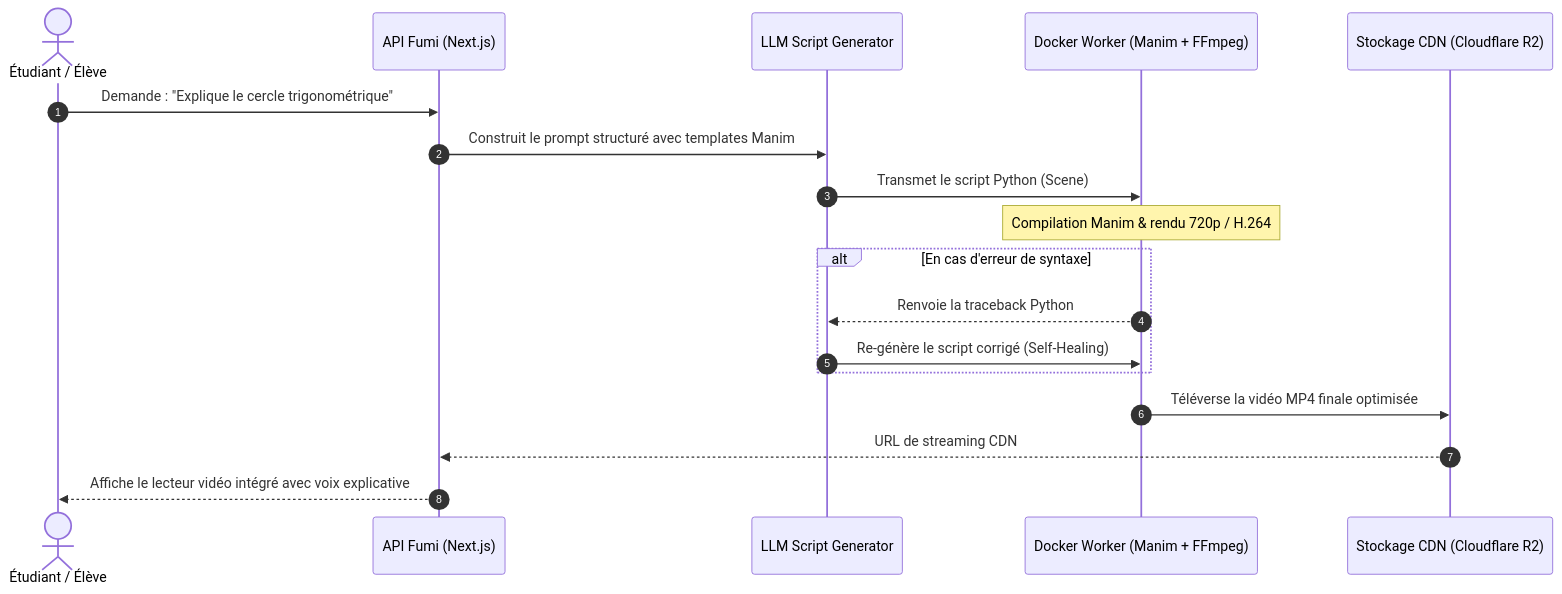
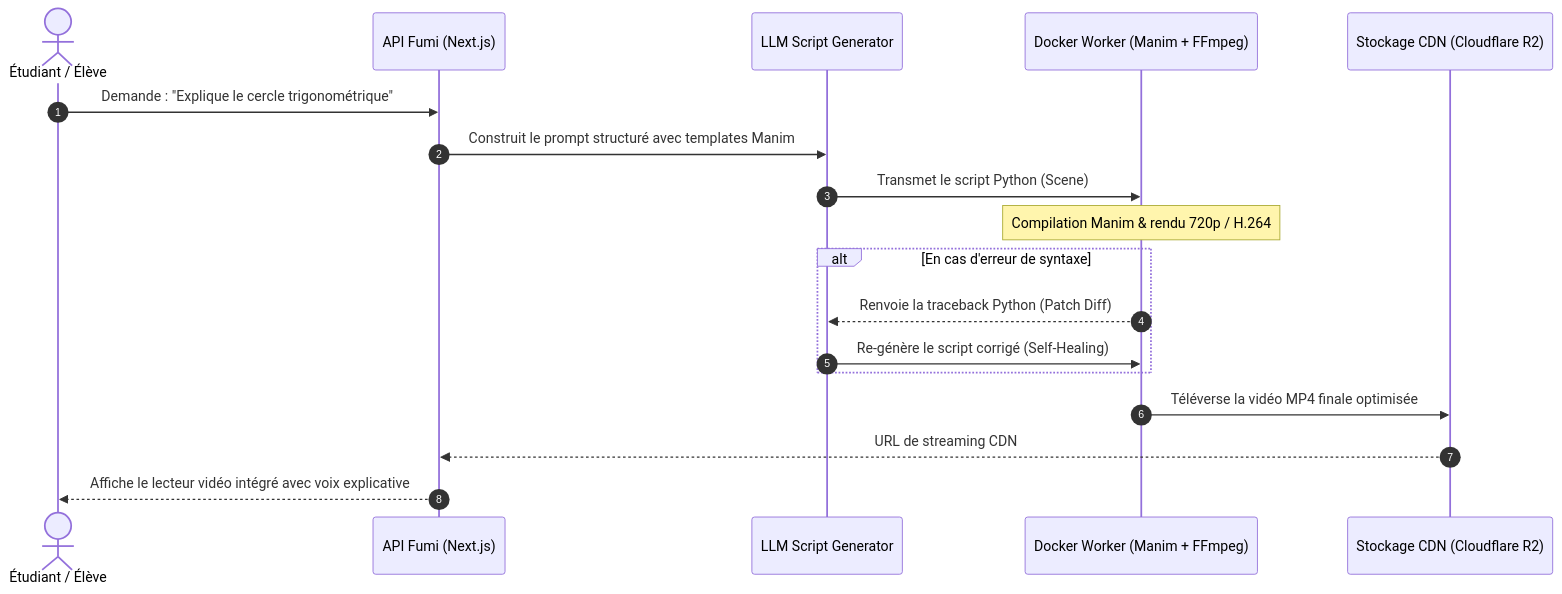
One commit to BIDE27/fumi-ai changed the third of 4 diagrams in docs/STRATEGIE_ET_INNOVATIONS_FUMI_IA.md. Above: the diagram before and after it, drawn with Mermaid. The commit also changed other lines of this file, not shown here.

````diff
--- a/docs/STRATEGIE_ET_INNOVATIONS_FUMI_IA.md
+++ b/docs/STRATEGIE_ET_INNOVATIONS_FUMI_IA.md
@@ -91,21 +169,21 @@
 ```mermaid
 sequenceDiagram
     autonumber
     actor Eleve as Étudiant / Élève
     participant Fumi as API Fumi (Next.js)
     participant Orchestrator as LLM Script Generator
     participant Sandbox as Docker Worker (Manim + FFmpeg)
     participant Storage as Stockage CDN (Cloudflare R2)
 
     Eleve->>Fumi: Demande : "Explique le cercle trigonométrique"
     Fumi->>Orchestrator: Construit le prompt structuré avec templates Manim
     Orchestrator->>Sandbox: Transmet le script Python (Scene)
     Note over Sandbox: Compilation Manim & rendu 720p / H.264
     alt En cas d'erreur de syntaxe
-        Sandbox-->>Orchestrator: Renvoie la traceback Python
+        Sandbox-->>Orchestrator: Renvoie la traceback Python (Patch Diff)
         Orchestrator->>Sandbox: Re-génère le script corrigé (Self-Healing)
     end
     Sandbox->>Storage: Téléverse la vidéo MP4 finale optimisée
     Storage-->>Fumi: URL de streaming CDN
     Fumi-->>Eleve: Affiche le lecteur vidéo intégré avec voix explicative
 ```
````
